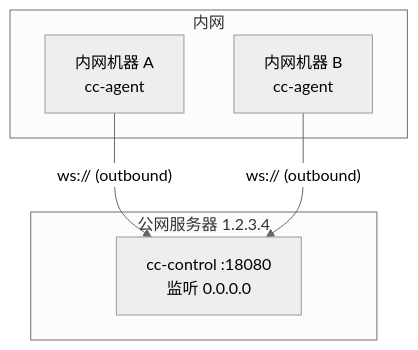
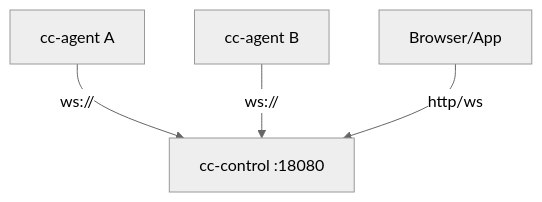
The fourth of 5 diagrams in docs/architecture.md (xuzhougeng/agent-control), drawn with Mermaid (neutral theme) before and after one commit. The commit also changed other lines of this file, not shown here.

Commit message:
docs: update architecture documentation to clarify system overview, component responsibilities, and authentication mechanisms

````diff
--- a/docs/architecture.md
+++ b/docs/architecture.md
@@ -82,14 +174,7 @@
 ```mermaid
 flowchart TB
-    subgraph Public["公网服务器 1.2.3.4"]
-        CC["cc-control :18080\n监听 0.0.0.0"]
-    end
-
-    subgraph Intranet["内网"]
-        A1["内网机器 A\ncc-agent"]
-        A2["内网机器 B\ncc-agent"]
-    end
-
-    A1 -->|"ws:// (outbound)"| CC
-    A2 -->|"ws:// (outbound)"| CC
+    CC["cc-control :18080"]
+    A1["cc-agent A"] -->|"ws://"| CC
+    A2["cc-agent B"] -->|"ws://"| CC
+    UI["Browser/App"] -->|"http/ws"| CC
 ```
````
